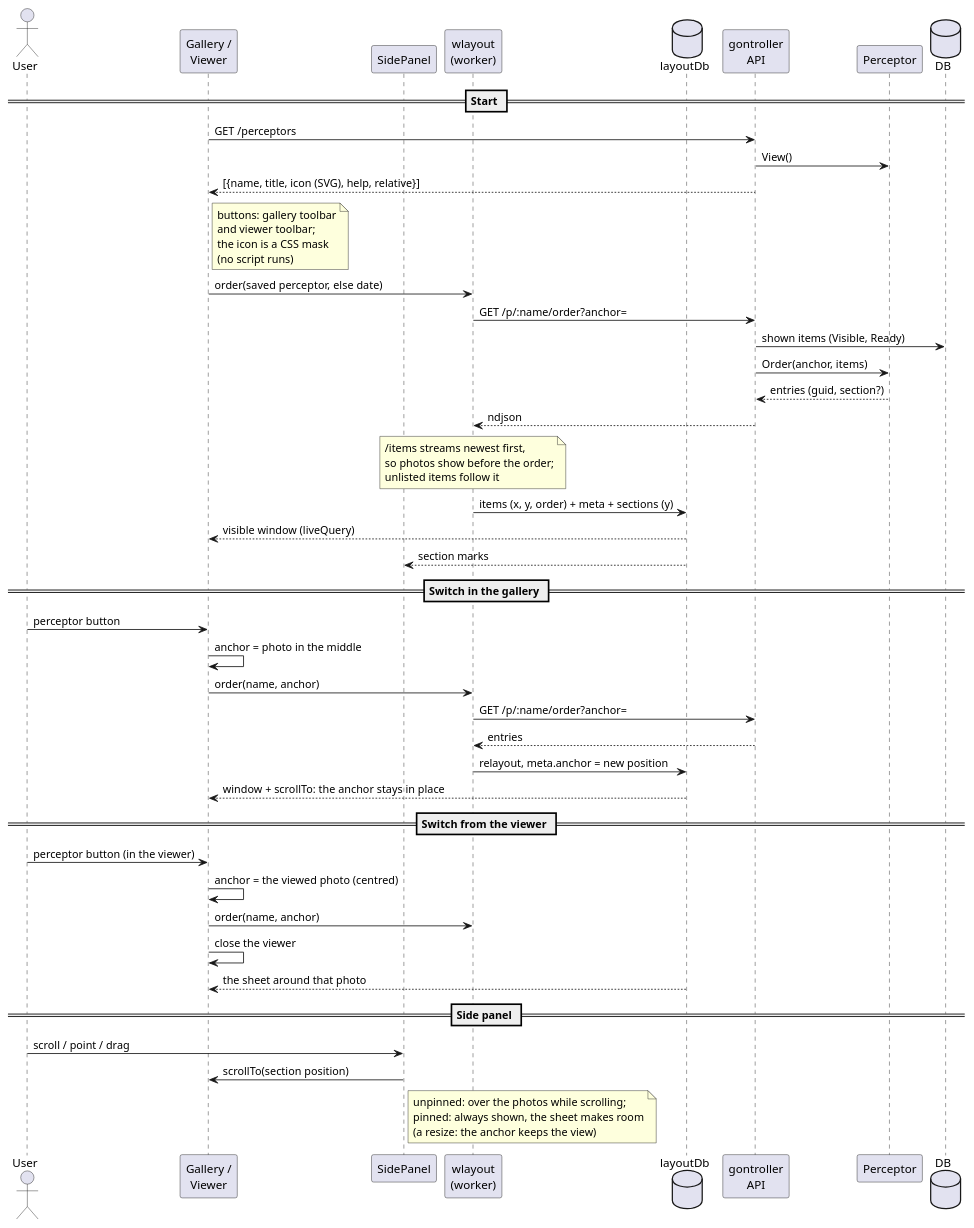
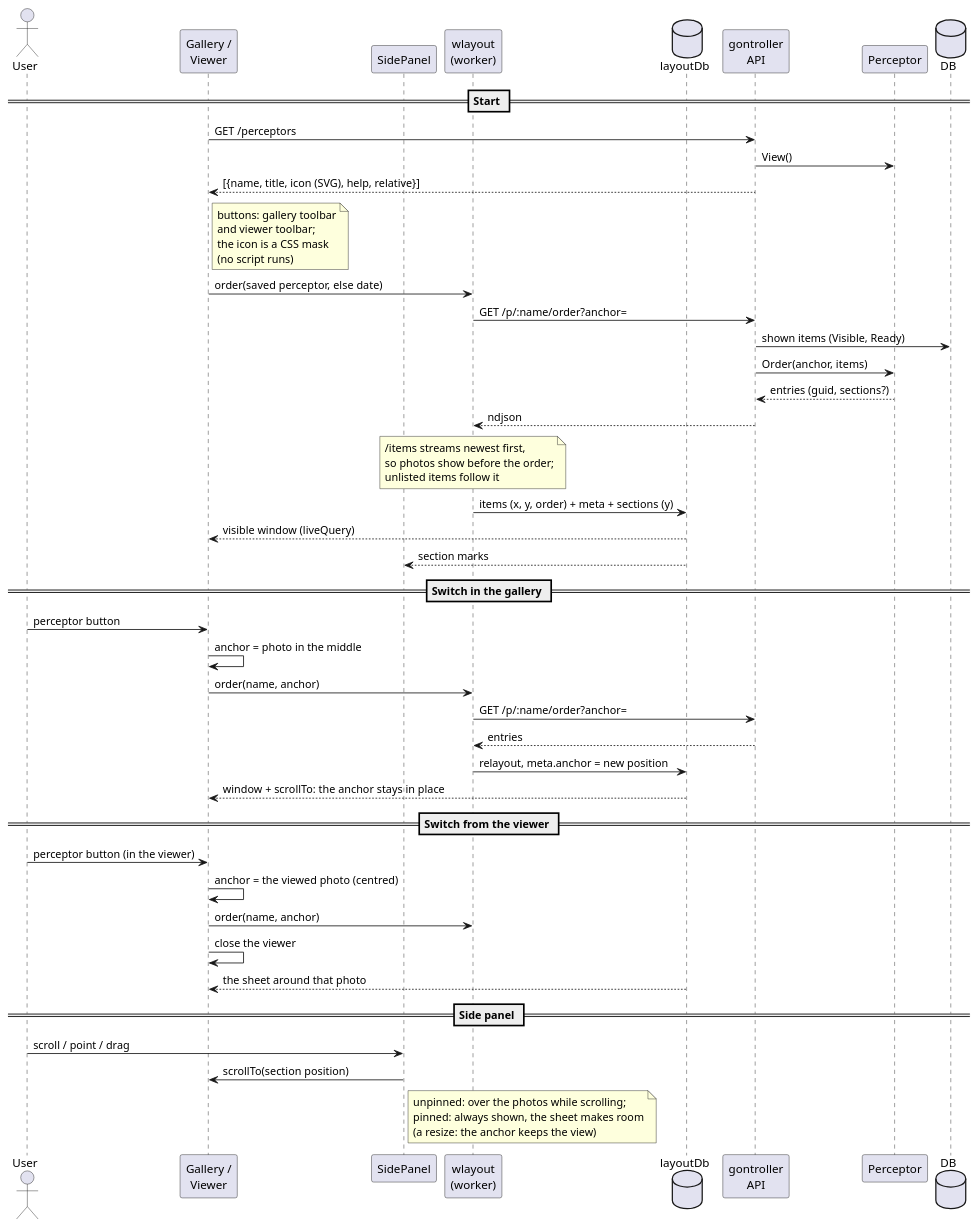
Before and after one commit to eggs-gd/Perceptrail: the diagram in _sb/puml/Perceptors.puml, drawn with PlantUML. The commit also changed 18 other files, not shown here.

```diff
--- a/_sb/puml/Perceptors.puml
+++ b/_sb/puml/Perceptors.puml
@@ -1,51 +1,51 @@
 @startuml Perceptors navigation
 ' Every perceptor is a view of the endless sheet: its order. The server orders,
 ' the client lays out (the layout depends on the window width). Sections ride in the
 ' order stream; the side panel places them by the layout.
 
 actor User
 participant "Gallery /\nViewer" as Page
 participant "SidePanel" as Panel
 participant "wlayout\n(worker)" as Layout
 database "layoutDb" as LDB
 participant "gontroller\nAPI" as API
 participant "Perceptor" as Nav
 database "DB" as DB
 
 == Start ==
 Page -> API: GET /perceptors
 API -> Nav: View()
 API --> Page: [{name, title, icon (SVG), help, relative}]
 note right of Page: buttons: gallery toolbar\nand viewer toolbar;\nthe icon is a CSS mask\n(no script runs)
 Page -> Layout: order(saved perceptor, else date)
 Layout -> API: GET /p/:name/order?anchor=
 API -> DB: shown items (Visible, Ready)
 API -> Nav: Order(anchor, items)
-Nav --> API: entries (guid, section?)
+Nav --> API: entries (guid, sections?)
 API --> Layout: ndjson
 note over Layout: /items streams newest first,\nso photos show before the order;\nunlisted items follow it
 Layout -> LDB: items (x, y, order) + meta + sections (y)
 LDB --> Page: visible window (liveQuery)
 LDB --> Panel: section marks
 
 == Switch in the gallery ==
 User -> Page: perceptor button
 Page -> Page: anchor = photo in the middle
 Page -> Layout: order(name, anchor)
 Layout -> API: GET /p/:name/order?anchor=
 API --> Layout: entries
 Layout -> LDB: relayout, meta.anchor = new position
 LDB --> Page: window + scrollTo: the anchor stays in place
 
 == Switch from the viewer ==
 User -> Page: perceptor button (in the viewer)
 Page -> Page: anchor = the viewed photo (centred)
 Page -> Layout: order(name, anchor)
 Page -> Page: close the viewer
 LDB --> Page: the sheet around that photo
 
 == Side panel ==
 User -> Panel: scroll / point / drag
 Panel -> Page: scrollTo(section position)
 note right of Panel: unpinned: over the photos while scrolling;\npinned: always shown, the sheet makes room\n(a resize: the anchor keeps the view)
 @enduml
```
